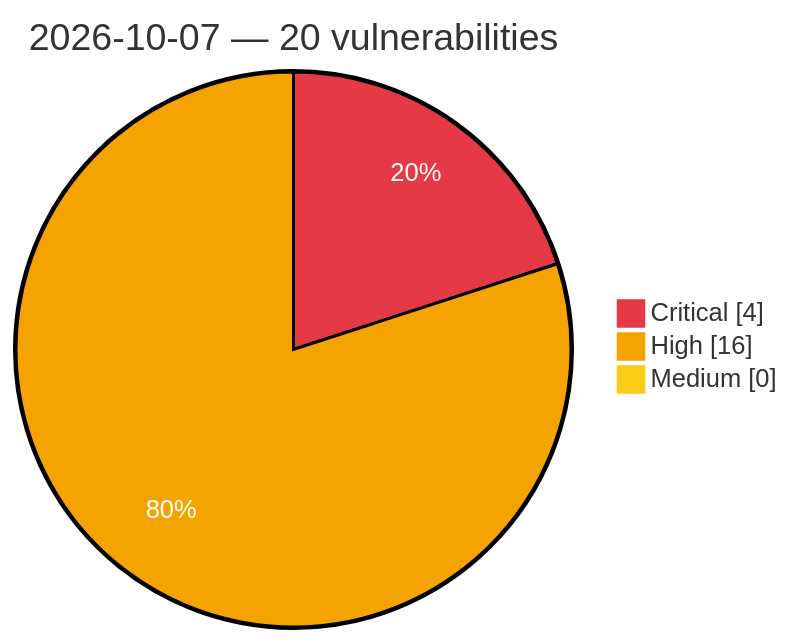
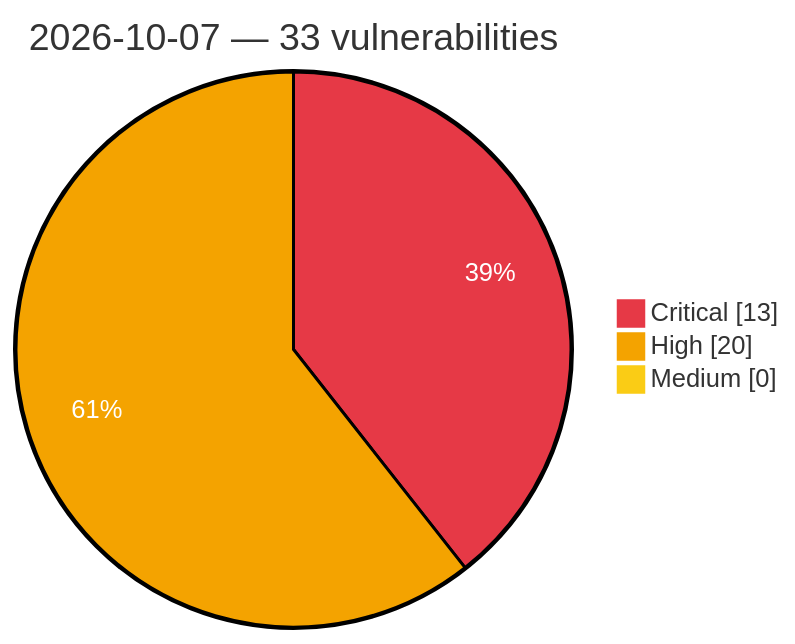
One commit to GhostX0X/vuln-tracker changed the diagram in vulnerabilities/2026/October/2026-10-07.md. Above: the diagram before and after it, drawn with Mermaid. The commit also changed other lines of this file and 5 other files, not shown here.

Commit message:
Auto update: critical/high vulns (2026-10-07 09:17 UTC)

````diff
--- a/vulnerabilities/2026/October/2026-10-07.md
+++ b/vulnerabilities/2026/October/2026-10-07.md
@@ -3,8 +3,8 @@
 ```mermaid
 %%{init: {'theme':'base', 'themeVariables': {'pie1':'#e63946', 'pie2':'#f4a300', 'pie3':'#facc15', 'pieOpacity':'1', 'pieOuterStrokeWidth':'2px', 'pieSectionTextColor':'#ffffff'}}}%%
 pie showData
-    title 2026-10-07 — 20 vulnerabilities
-    "Critical" : 4
-    "High" : 16
+    title 2026-10-07 — 33 vulnerabilities
+    "Critical" : 13
+    "High" : 20
     "Medium" : 0
 ```
````
